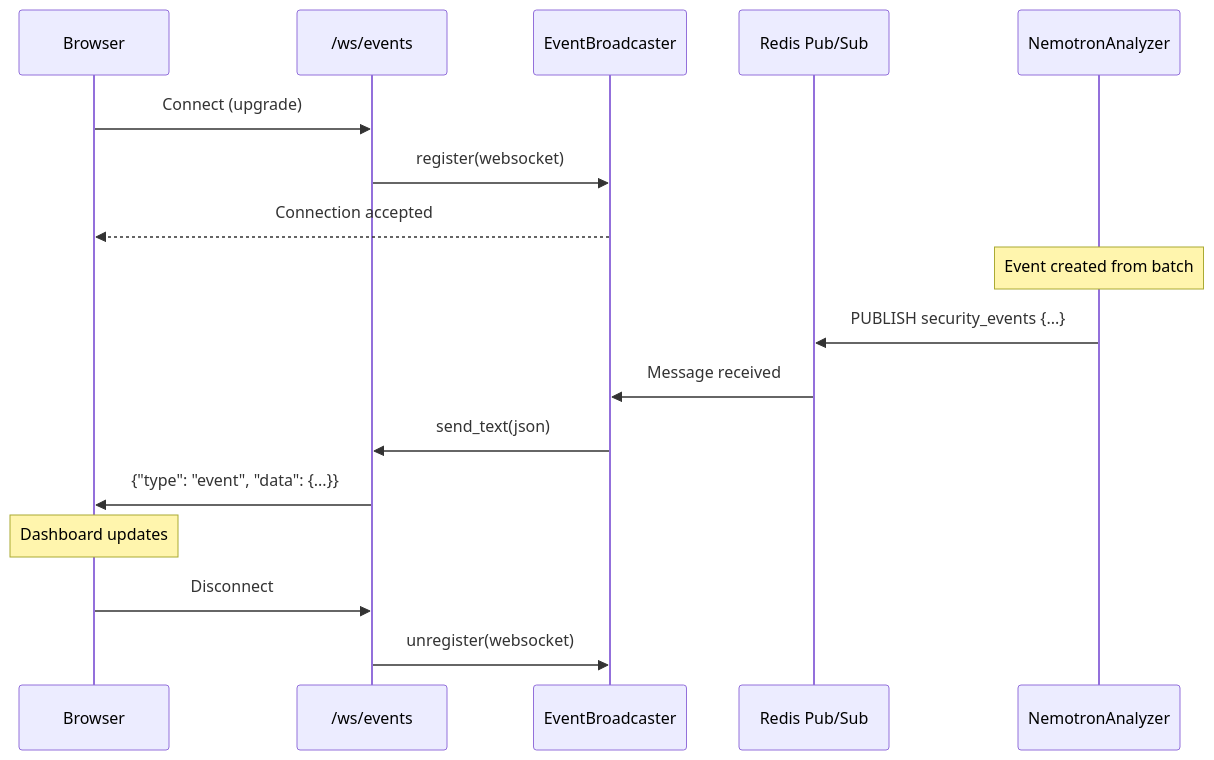
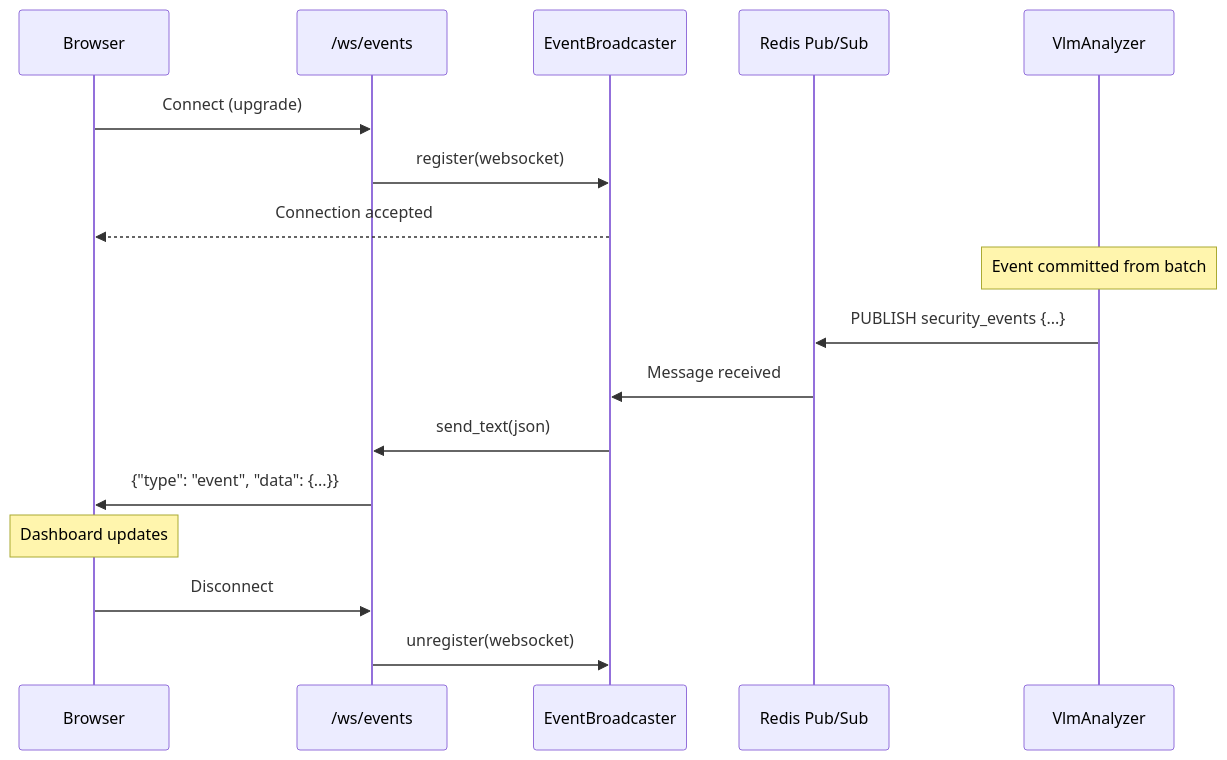
One commit to mikesvoboda/nemotron-v3-home-security-intelligence changed the second of 11 diagrams in docs/architecture/real-time.md. Above: the diagram before and after it, drawn with Mermaid. The commit also changed other lines of this file and 231 other files, not shown here.

````diff
--- a/docs/architecture/real-time.md
+++ b/docs/architecture/real-time.md
@@ -142,24 +139,24 @@
 ```mermaid
 sequenceDiagram
     participant Client as Browser
     participant WS as /ws/events
     participant EB as EventBroadcaster
     participant Redis as Redis Pub/Sub
-    participant NA as NemotronAnalyzer
+    participant NA as VlmAnalyzer
 
     Client->>WS: Connect (upgrade)
     WS->>EB: register(websocket)
     EB-->>Client: Connection accepted
 
-    Note over NA: Event created from batch
+    Note over NA: Event committed from batch
 
     NA->>Redis: PUBLISH security_events {...}
     Redis->>EB: Message received
     EB->>WS: send_text(json)
     WS->>Client: {"type": "event", "data": {...}}
 
     Note over Client: Dashboard updates
 
     Client->>WS: Disconnect
     WS->>EB: unregister(websocket)
 ```
````
